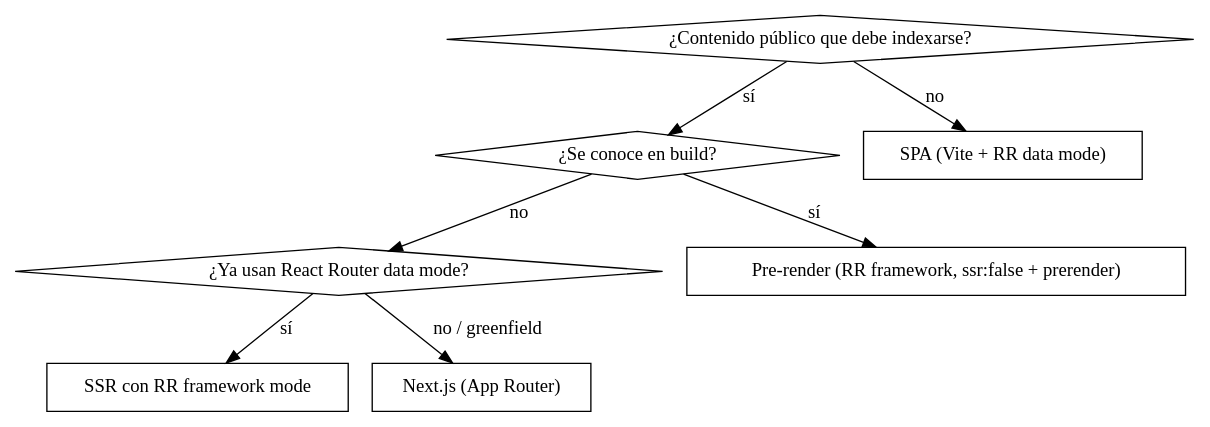
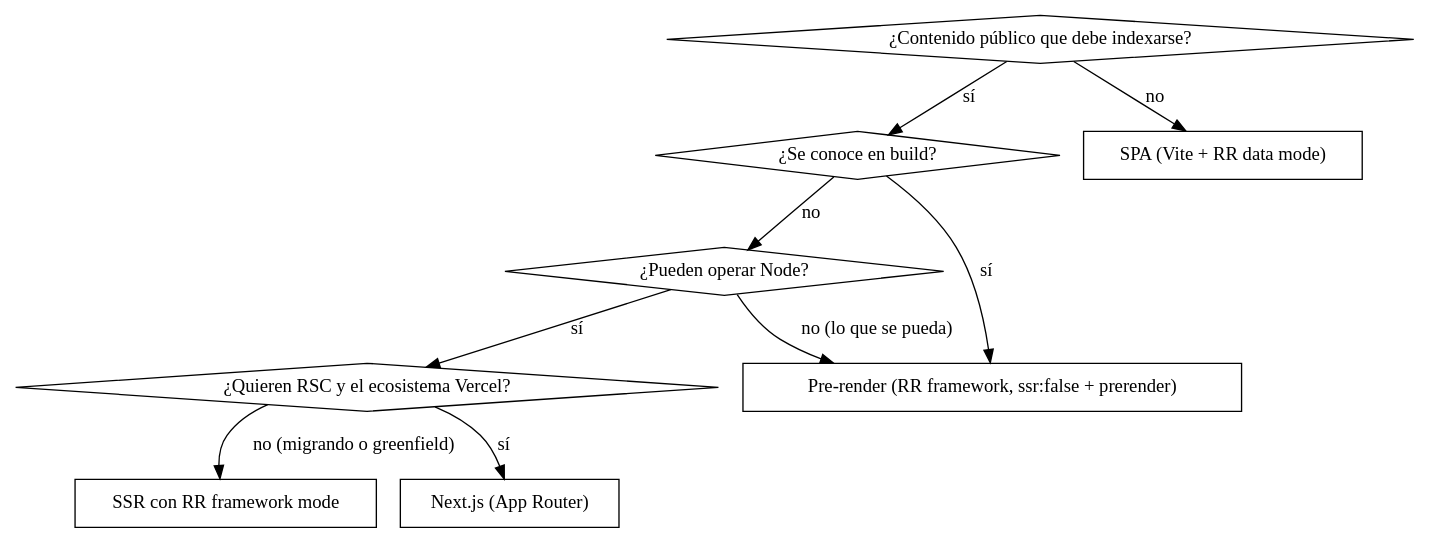
The diagram in skills/frontend/choosing-ssr-or-spa/SKILL.md (leoneljfernandes/my_skills), drawn with Graphviz before and after one commit. The commit also changed other lines of this file and 86 other files, not shown here.

````diff
--- a/skills/frontend/choosing-ssr-or-spa/SKILL.md
+++ b/skills/frontend/choosing-ssr-or-spa/SKILL.md
@@ -38,18 +38,21 @@
 ```dot
 digraph ssr_decision {
   "¿Contenido público que debe indexarse?" [shape=diamond];
   "¿Se conoce en build?" [shape=diamond];
-  "¿Ya usan React Router data mode?" [shape=diamond];
+  "¿Pueden operar Node?" [shape=diamond];
+  "¿Quieren RSC y el ecosistema Vercel?" [shape=diamond];
   "SPA (Vite + RR data mode)" [shape=box];
   "Pre-render (RR framework, ssr:false + prerender)" [shape=box];
   "SSR con RR framework mode" [shape=box];
   "Next.js (App Router)" [shape=box];
 
   "¿Contenido público que debe indexarse?" -> "SPA (Vite + RR data mode)" [label="no"];
   "¿Contenido público que debe indexarse?" -> "¿Se conoce en build?" [label="sí"];
   "¿Se conoce en build?" -> "Pre-render (RR framework, ssr:false + prerender)" [label="sí"];
-  "¿Se conoce en build?" -> "¿Ya usan React Router data mode?" [label="no"];
-  "¿Ya usan React Router data mode?" -> "SSR con RR framework mode" [label="sí"];
-  "¿Ya usan React Router data mode?" -> "Next.js (App Router)" [label="no / greenfield"];
+  "¿Se conoce en build?" -> "¿Pueden operar Node?" [label="no"];
+  "¿Pueden operar Node?" -> "Pre-render (RR framework, ssr:false + prerender)" [label="no (lo que se pueda)"];
+  "¿Pueden operar Node?" -> "¿Quieren RSC y el ecosistema Vercel?" [label="sí"];
+  "¿Quieren RSC y el ecosistema Vercel?" -> "Next.js (App Router)" [label="sí"];
+  "¿Quieren RSC y el ecosistema Vercel?" -> "SSR con RR framework mode" [label="no (migrando o greenfield)"];
 }
 ```
````
